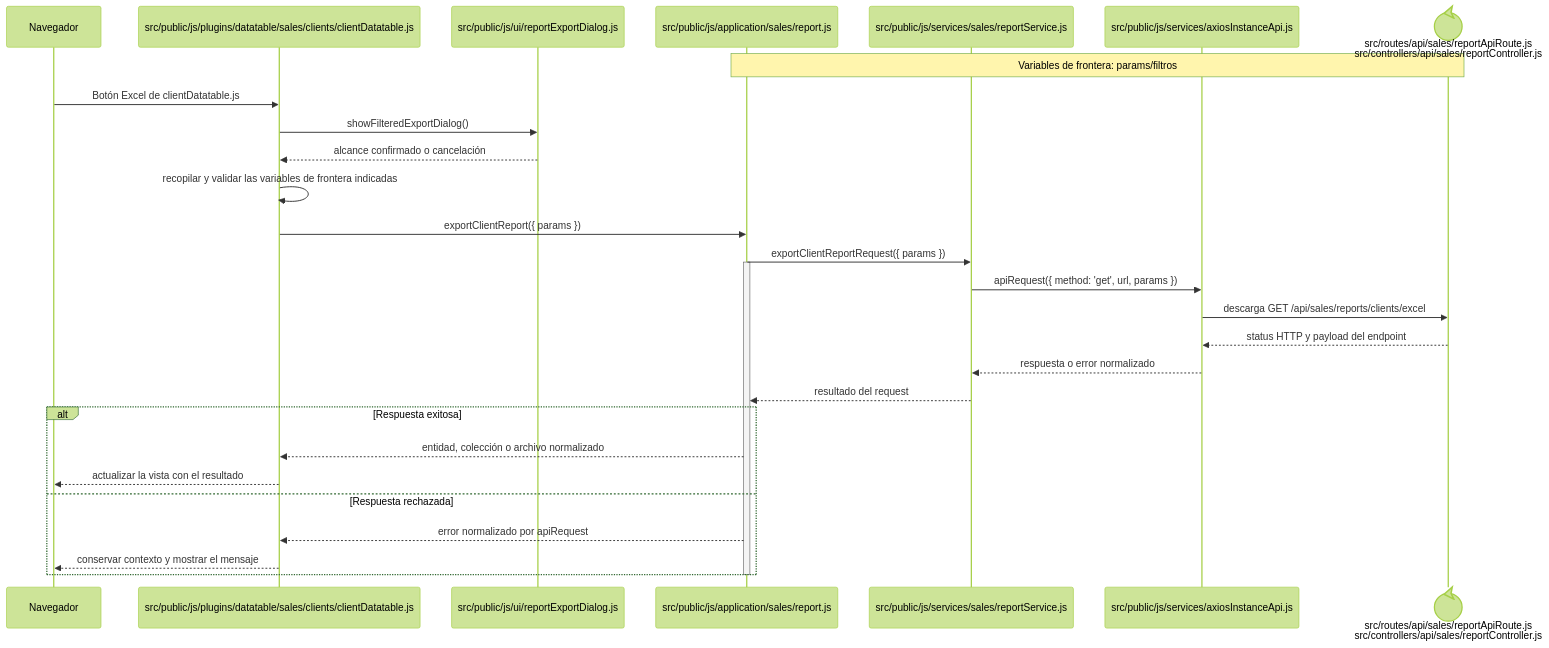
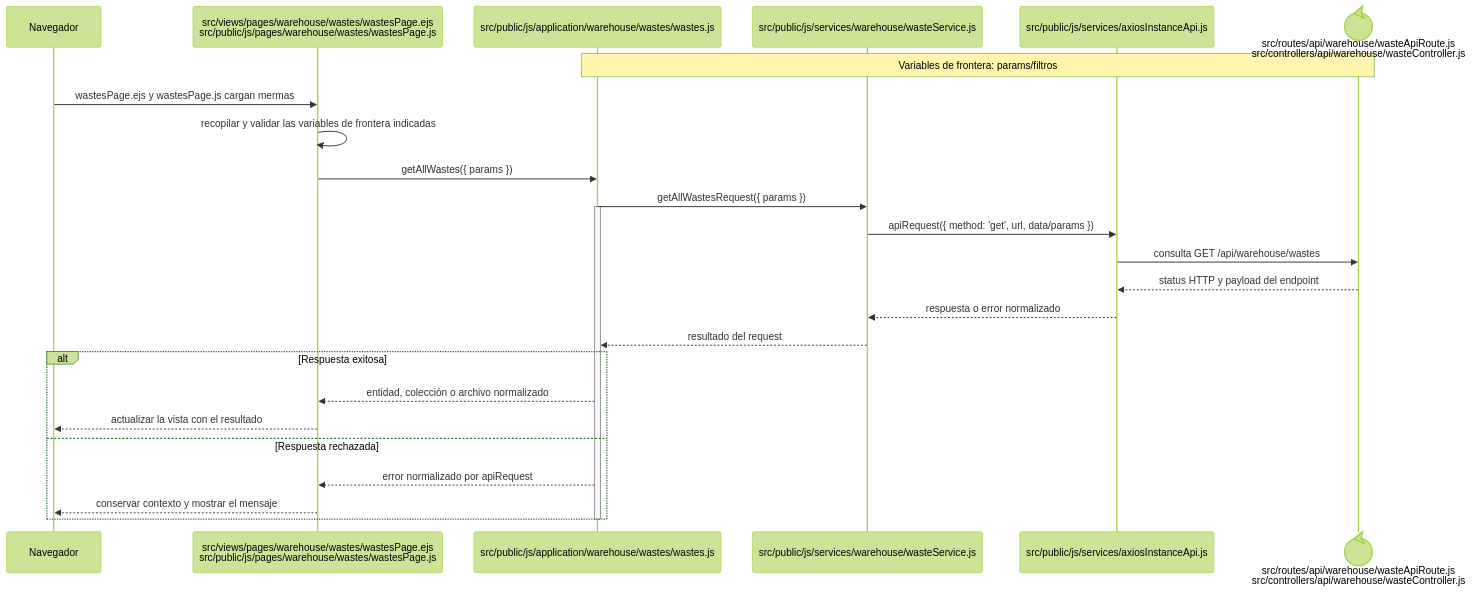
The diagram in docs/architecture/frontend-code-sequences/catalogs/cu-cat-18.md (gpgsistemas01/nexus), drawn with Mermaid (forest theme) before and after one commit. The commit also changed other lines of this file and 207 other files, not shown here.

````diff
--- a/docs/architecture/frontend-code-sequences/catalogs/cu-cat-18.md
+++ b/docs/architecture/frontend-code-sequences/catalogs/cu-cat-18.md
@@ -6,32 +6,29 @@
 ```mermaid
 sequenceDiagram
     participant Browser as Navegador
-    participant View as src/public/js/plugins/datatable/sales/clients/clientDatatable.js
-    participant Dialog as src/public/js/ui/reportExportDialog.js
-    participant Application as src/public/js/application/sales/report.js
-    participant Request as src/public/js/services/sales/reportService.js
+    participant View as src/views/pages/warehouse/wastes/wastesPage.ejs<br/>src/public/js/pages/warehouse/wastes/wastesPage.js
+    participant Application as src/public/js/application/warehouse/wastes/wastes.js
+    participant Request as src/public/js/services/warehouse/wasteService.js
     participant HTTP as src/public/js/services/axiosInstanceApi.js
-    participant Transport@{ "type": "control" } as src/routes/api/sales/reportApiRoute.js<br/>src/controllers/api/sales/reportController.js
+    participant Transport@{ "type": "control" } as src/routes/api/warehouse/wasteApiRoute.js<br/>src/controllers/api/warehouse/wasteController.js
     Note over Application,Transport: Variables de frontera: params/filtros
 
-    Browser->>View: Botón Excel de clientDatatable.js
-    View->>Dialog: showFilteredExportDialog()
-    Dialog-->>View: alcance confirmado o cancelación
+    Browser->>View: wastesPage.ejs y wastesPage.js cargan mermas
     View->>View: recopilar y validar las variables de frontera indicadas
-    View->>Application: exportClientReport({ params })
-    Application->>Request: exportClientReportRequest({ params })
+    View->>Application: getAllWastes({ params })
+    Application->>Request: getAllWastesRequest({ params })
     activate Application
-    Request->>HTTP: apiRequest({ method: 'get', url, params })
-    HTTP->>Transport: descarga GET /api/sales/reports/clients/excel
+    Request->>HTTP: apiRequest({ method: 'get', url, data/params })
+    HTTP->>Transport: consulta GET /api/warehouse/wastes
     Transport-->>HTTP: status HTTP y payload del endpoint
     HTTP-->>Request: respuesta o error normalizado
     Request-->>Application: resultado del request
     alt Respuesta exitosa
         Application-->>View: entidad, colección o archivo normalizado
         View-->>Browser: actualizar la vista con el resultado
     else Respuesta rechazada
         Application-->>View: error normalizado por apiRequest
         View-->>Browser: conservar contexto y mostrar el mensaje
     end
     deactivate Application
 ```
````
